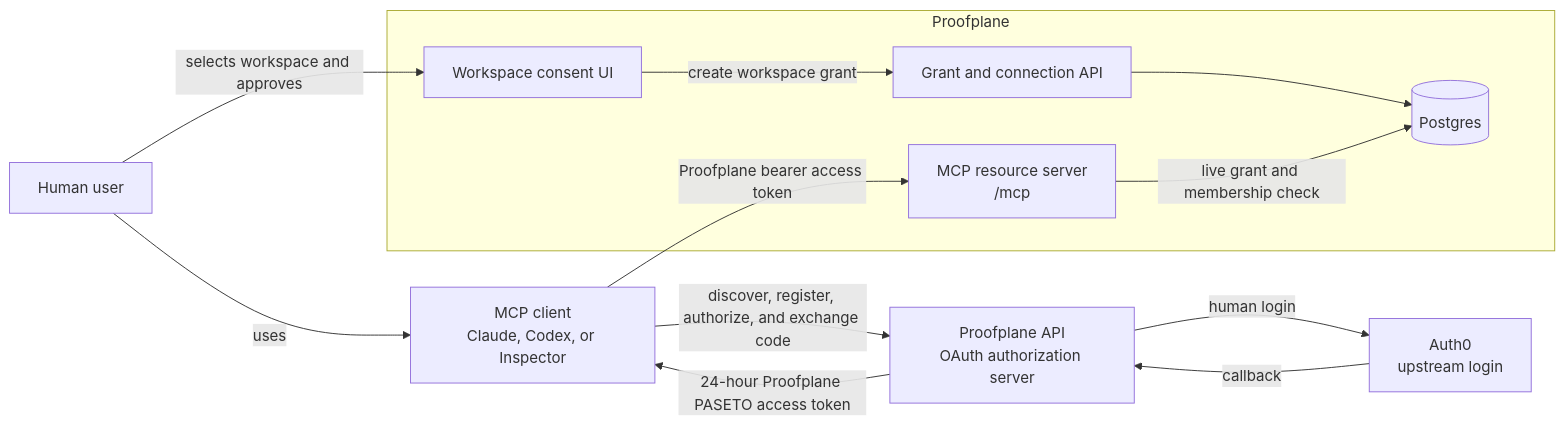
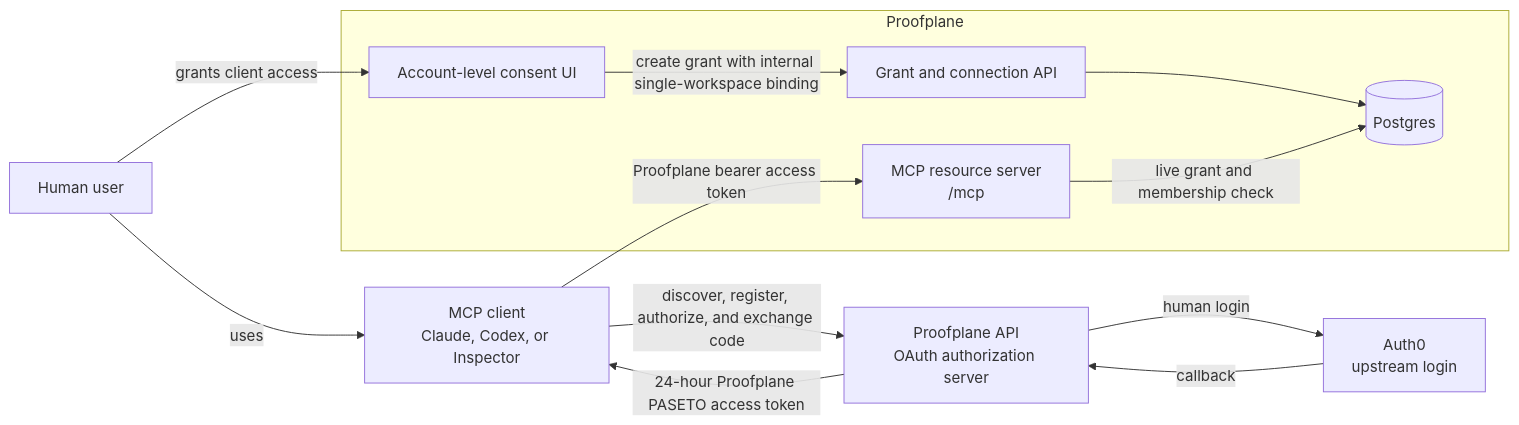
One commit to proofplane/proofplane changed the first of 4 diagrams in docs/epics/agent-connector-onboarding/spec.md. Above: the diagram before and after it, drawn with Mermaid. The commit also changed other lines of this file and 8 other files, not shown here.

````diff
--- a/docs/epics/agent-connector-onboarding/spec.md
+++ b/docs/epics/agent-connector-onboarding/spec.md
@@ -163,25 +148,25 @@
 ```mermaid
 flowchart LR
     U[Human user]
     C[MCP client<br/>Claude, Codex, or Inspector]
     P[Proofplane API<br/>OAuth authorization server]
     I[Auth0<br/>upstream login]
 
     subgraph PP[Proofplane]
         M[MCP resource server<br/>/mcp]
-        W[Workspace consent UI]
+        W[Account-level consent UI]
         A[Grant and connection API]
         D[(Postgres)]
     end
 
     U -->|uses| C
     C -->|discover, register, authorize, and exchange code| P
     P -->|human login| I
     I -->|callback| P
-    U -->|selects workspace and approves| W
-    W -->|create workspace grant| A
+    U -->|grants client access| W
+    W -->|create grant with internal single-workspace binding| A
     A --> D
     P -->|24-hour Proofplane PASETO access token| C
     C -->|Proofplane bearer access token| M
     M -->|live grant and membership check| D
 ```
````
